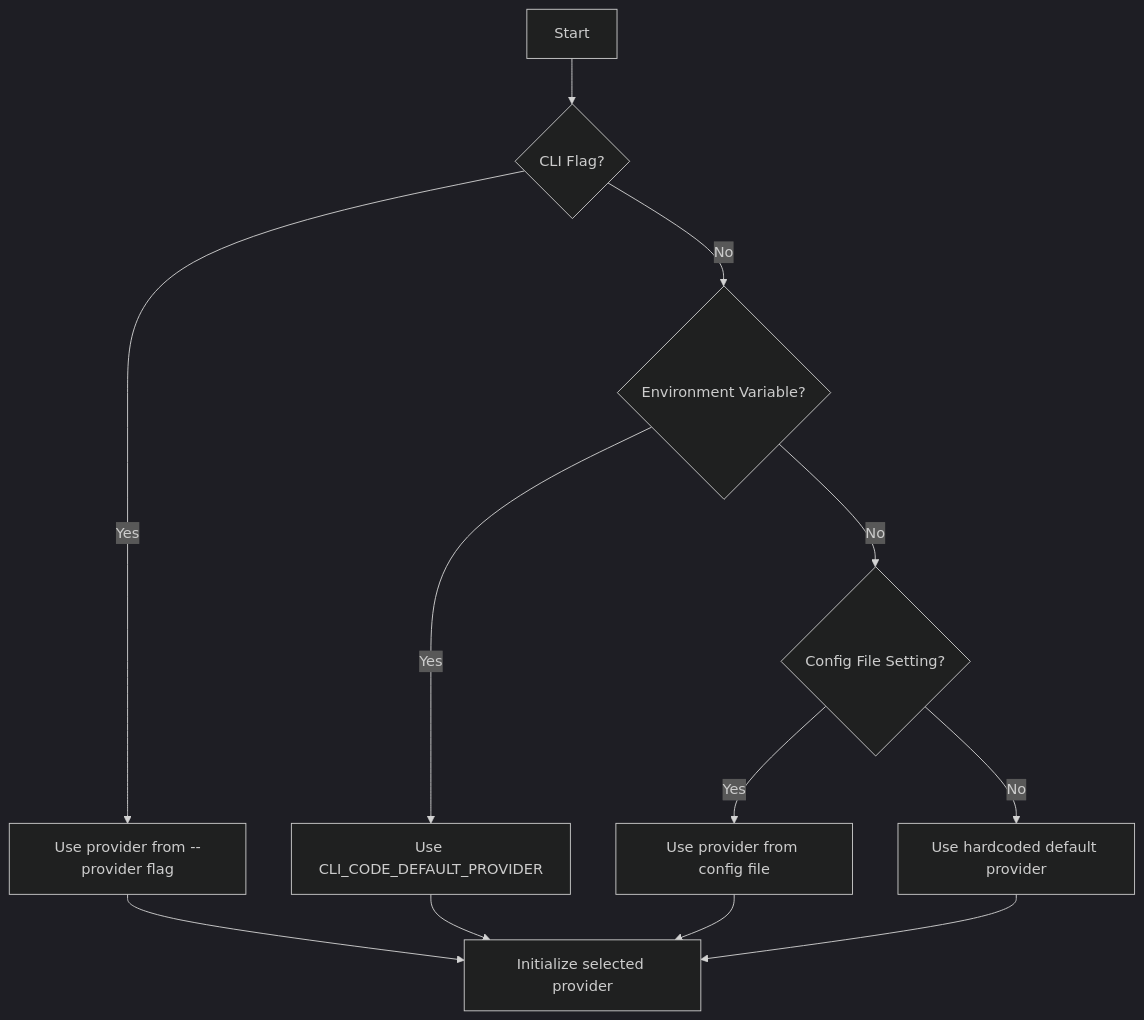
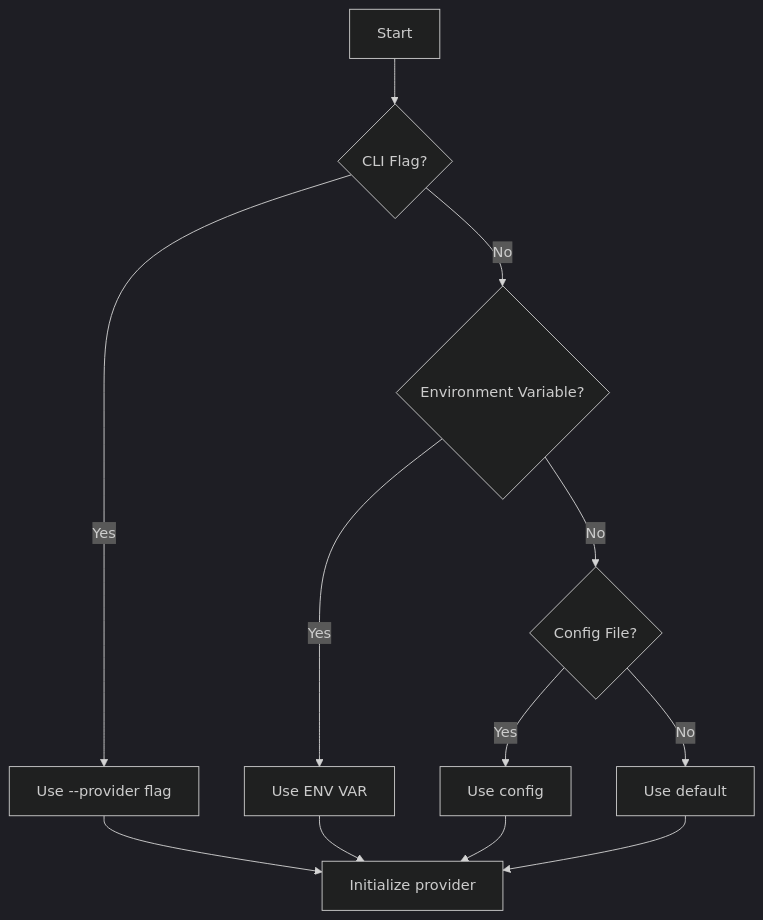
One commit to BlueCentre/cli-code changed the fifth of 8 diagrams in docs/architecture.md. Above: the diagram before and after it, drawn with Mermaid (dark theme). The commit also changed other lines of this file, not shown here.

Commit message:
docs: Simplify Mermaid diagrams for improved GitHub rendering

````diff
--- a/docs/architecture.md
+++ b/docs/architecture.md
@@ -244,15 +181,15 @@
 ```mermaid
 flowchart TD
     A[Start] --> B{CLI Flag?}
-    B -->|Yes| C[Use provider from --provider flag]
+    B -->|Yes| C[Use --provider flag]
     B -->|No| D{Environment Variable?}
-    D -->|Yes| E[Use CLI_CODE_DEFAULT_PROVIDER]
-    D -->|No| F{Config File Setting?}
-    F -->|Yes| G[Use provider from config file]
-    F -->|No| H[Use hardcoded default provider]
+    D -->|Yes| E[Use ENV VAR]
+    D -->|No| F{Config File?}
+    F -->|Yes| G[Use config]
+    F -->|No| H[Use default]
     
-    C --> Z[Initialize selected provider]
+    C --> Z[Initialize provider]
     E --> Z
     G --> Z
     H --> Z
 ```
````
